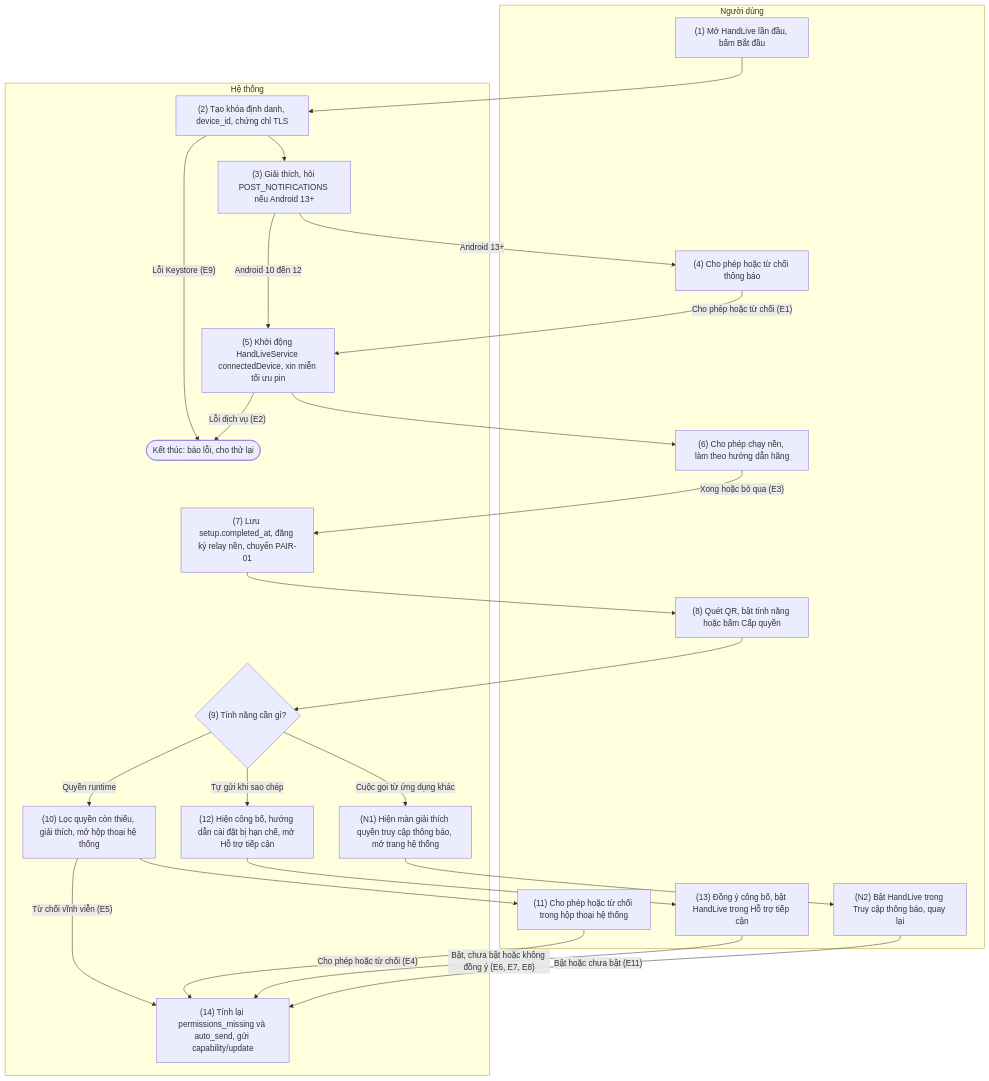
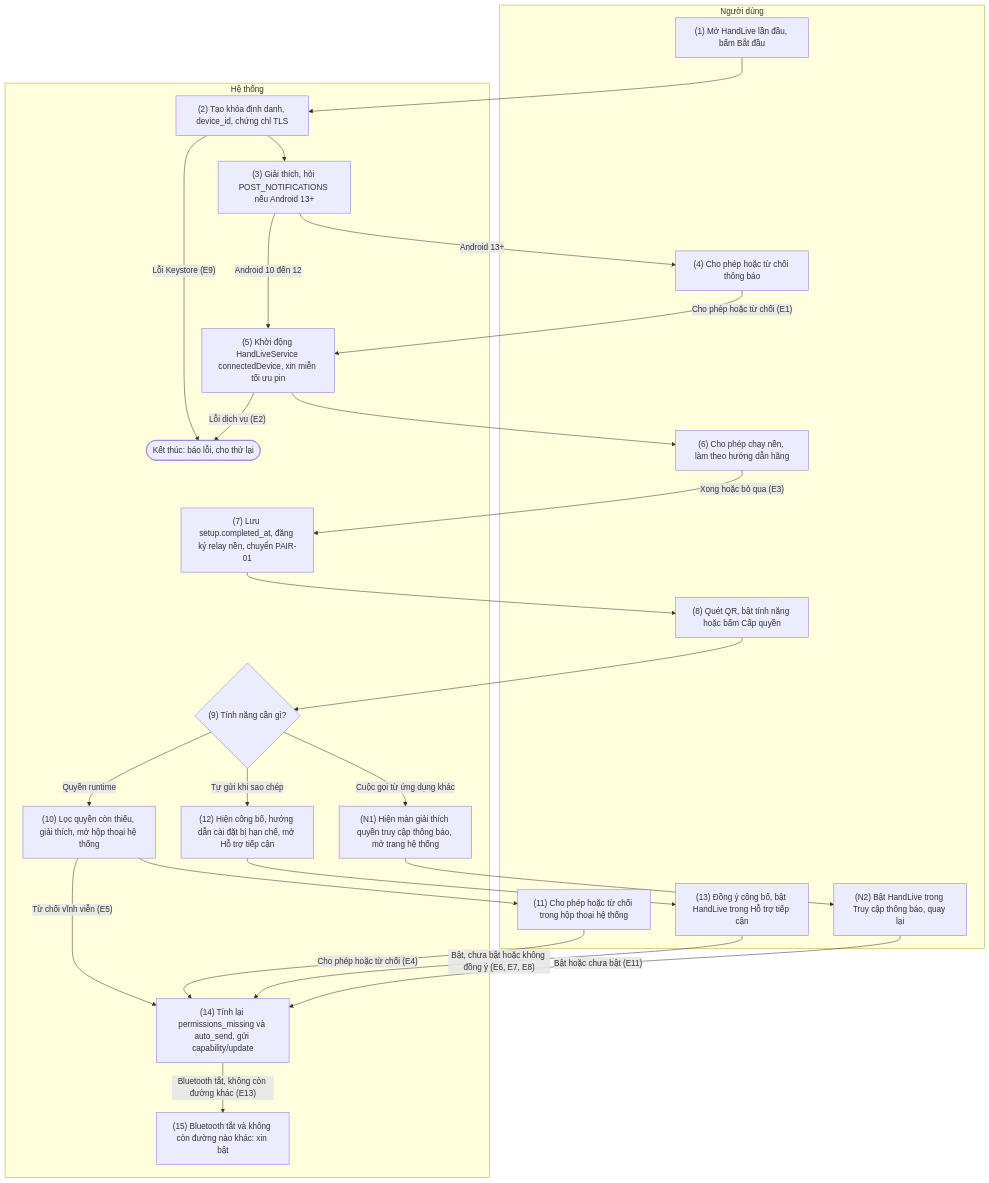
The first of 3 diagrams in docs/detailed-design/01-setup-settings.vi.md (HandLive/handlive), drawn with Mermaid before and after one commit. The commit also changed other lines of this file and 32 other files, not shown here.

````diff
--- a/docs/detailed-design/01-setup-settings.vi.md
+++ b/docs/detailed-design/01-setup-settings.vi.md
@@ -56,41 +58,43 @@
 ```mermaid
 flowchart TB
   subgraph ND["Người dùng"]
     U1["(1) Mở HandLive lần đầu, bấm Bắt đầu"]
     U4["(4) Cho phép hoặc từ chối thông báo"]
     U6["(6) Cho phép chạy nền, làm theo hướng dẫn hãng"]
     U8["(8) Quét QR, bật tính năng hoặc bấm Cấp quyền"]
     U11["(11) Cho phép hoặc từ chối trong hộp thoại hệ thống"]
     U13["(13) Đồng ý công bố, bật HandLive trong Hỗ trợ tiếp cận"]
     UN2["(N2) Bật HandLive trong Truy cập thông báo, quay lại"]
   end
   subgraph HT["Hệ thống"]
     S2["(2) Tạo khóa định danh, device_id, chứng chỉ TLS"]
     S3["(3) Giải thích, hỏi POST_NOTIFICATIONS nếu Android 13+"]
     S5["(5) Khởi động HandLiveService connectedDevice, xin miễn tối ưu pin"]
     S7["(7) Lưu setup.completed_at, đăng ký relay nền, chuyển PAIR-01"]
     D9{"(9) Tính năng cần gì?"}
     S10["(10) Lọc quyền còn thiếu, giải thích, mở hộp thoại hệ thống"]
     S12["(12) Hiện công bố, hướng dẫn cài đặt bị hạn chế, mở Hỗ trợ tiếp cận"]
     S14["(14) Tính lại permissions_missing và auto_send, gửi capability/update"]
     SN1["(N1) Hiện màn giải thích quyền truy cập thông báo, mở trang hệ thống"]
+    S15["(15) Bluetooth tắt và không còn đường nào khác: xin bật"]
     X1(["Kết thúc: báo lỗi, cho thử lại"])
   end
   U1 --> S2
   S2 -- "Lỗi Keystore (E9)" --> X1
   S2 --> S3
   S3 -- "Android 13+" --> U4
   S3 -- "Android 10 đến 12" --> S5
   U4 -- "Cho phép hoặc từ chối (E1)" --> S5
   S5 -- "Lỗi dịch vụ (E2)" --> X1
   S5 --> U6
   U6 -- "Xong hoặc bỏ qua (E3)" --> S7
   S7 --> U8 --> D9
   D9 -- "Quyền runtime" --> S10 --> U11
   S10 -- "Từ chối vĩnh viễn (E5)" --> S14
   U11 -- "Cho phép hoặc từ chối (E4)" --> S14
   D9 -- "Tự gửi khi sao chép" --> S12 --> U13
   U13 -- "Bật, chưa bật hoặc không đồng ý (E6, E7, E8)" --> S14
   D9 -- "Cuộc gọi từ ứng dụng khác" --> SN1 --> UN2
   UN2 -- "Bật hoặc chưa bật (E11)" --> S14
+  S14 -- "Bluetooth tắt, không còn đường khác (E13)" --> S15
 ```
````
